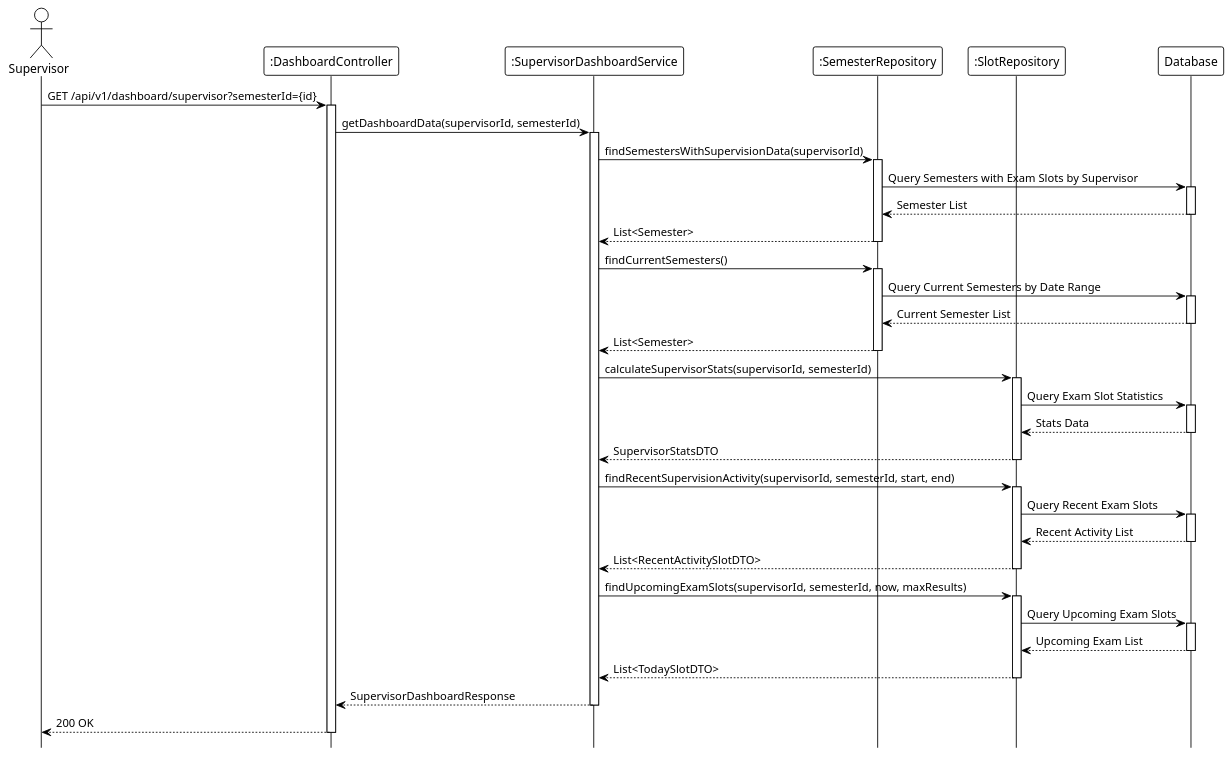
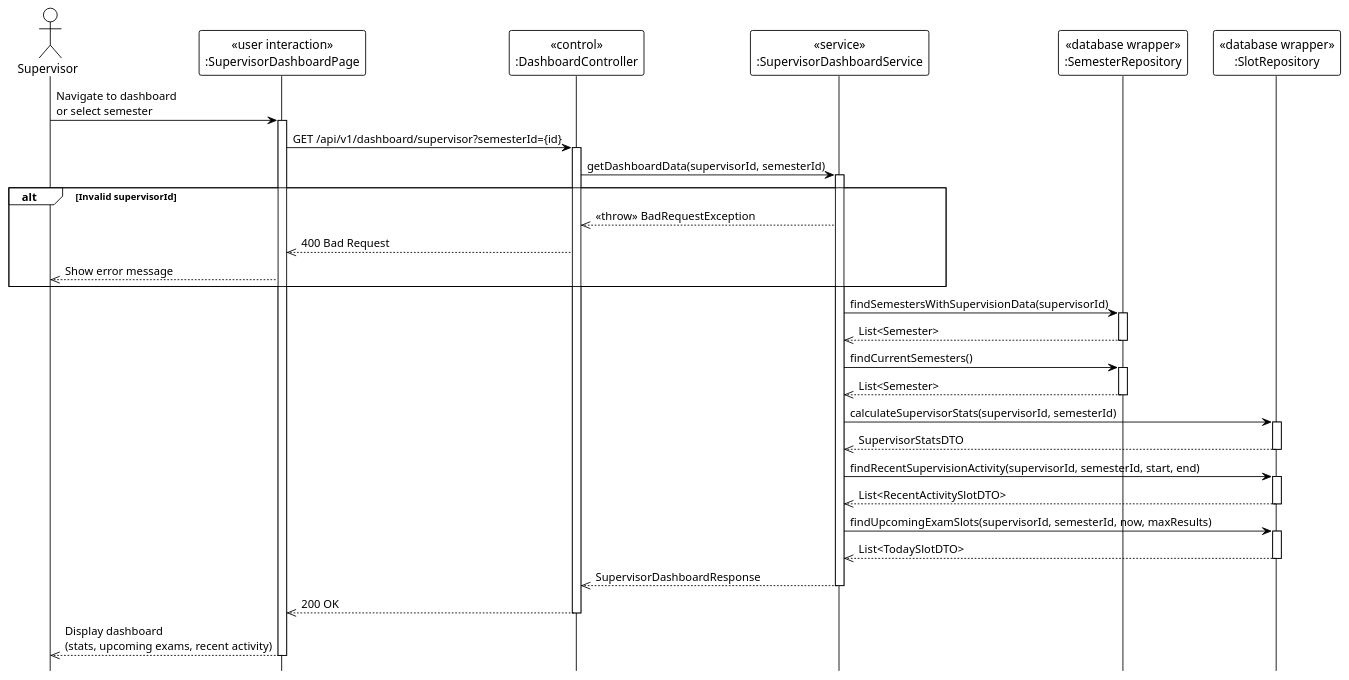
The diagram in system_detailed_design/73_view_exam_schedule_supervisor/sequence_diagram_view_exam_schedule_supervisor.puml (Ndh474/context), drawn with PlantUML before and after one commit. The commit also changed 13 other files, not shown here.

Commit message:
docs(system_detailed_design): add UML stereotypes to view and scanning sequence diagrams

```diff
--- a/system_detailed_design/73_view_exam_schedule_supervisor/sequence_diagram_view_exam_schedule_supervisor.puml
+++ b/system_detailed_design/73_view_exam_schedule_supervisor/sequence_diagram_view_exam_schedule_supervisor.puml
@@ -1,88 +1,68 @@
 @startuml view_exam_schedule_supervisor
 !theme plain
 hide footbox
 
-actor Supervisor
-participant ":DashboardController" as Controller
-participant ":SupervisorDashboardService" as Service
-participant ":SemesterRepository" as SemesterRepo
-participant ":SlotRepository" as SlotRepo
-participant "Database" as DB
+actor "Supervisor" as Supervisor
 
-' --- MAIN FLOW ---
-Supervisor -> Controller: GET /api/v1/dashboard/supervisor?semesterId={id}
+participant "«user interaction»\n:SupervisorDashboardPage" as UI
+participant "«control»\n:DashboardController" as Controller
+participant "«service»\n:SupervisorDashboardService" as Service
+participant "«database wrapper»\n:SemesterRepository" as SemesterRepo
+participant "«database wrapper»\n:SlotRepository" as SlotRepo
+
+' === MAIN FLOW ===
+Supervisor -> UI: Navigate to dashboard\nor select semester
+activate UI
+
+UI -> Controller: GET /api/v1/dashboard/supervisor?semesterId={id}
 activate Controller
 
 Controller -> Service: getDashboardData(supervisorId, semesterId)
 activate Service
 
-' --- GET AVAILABLE SEMESTERS ---
+' === VALIDATION ===
+alt Invalid supervisorId
+    Service -->> Controller: <<throw>> BadRequestException
+    Controller -->> UI: 400 Bad Request
+    UI -->> Supervisor: Show error message
+end
+
+' === GET AVAILABLE SEMESTERS ===
 Service -> SemesterRepo: findSemestersWithSupervisionData(supervisorId)
 activate SemesterRepo
-
-SemesterRepo -> DB: Query Semesters with Exam Slots by Supervisor
-activate DB
-DB --> SemesterRepo: Semester List
-deactivate DB
-
-SemesterRepo --> Service: List<Semester>
+SemesterRepo -->> Service: List<Semester>
 deactivate SemesterRepo
 
-' --- GET CURRENT SEMESTER ---
 Service -> SemesterRepo: findCurrentSemesters()
 activate SemesterRepo
-
-SemesterRepo -> DB: Query Current Semesters by Date Range
-activate DB
-DB --> SemesterRepo: Current Semester List
-deactivate DB
-
-SemesterRepo --> Service: List<Semester>
+SemesterRepo -->> Service: List<Semester>
 deactivate SemesterRepo
 
-' Calculate supervisor statistics (internal: all semesters or specific semester)
-
+' === CALCULATE STATS ===
 Service -> SlotRepo: calculateSupervisorStats(supervisorId, semesterId)
 activate SlotRepo
-
-SlotRepo -> DB: Query Exam Slot Statistics
-activate DB
-DB --> SlotRepo: Stats Data
-deactivate DB
-
-SlotRepo --> Service: SupervisorStatsDTO
+SlotRepo -->> Service: SupervisorStatsDTO
 deactivate SlotRepo
 
-' Get recent supervision activity with attendance stats (internal: loop for each slot)
-
+' === GET RECENT ACTIVITY ===
 Service -> SlotRepo: findRecentSupervisionActivity(supervisorId, semesterId, start, end)
 activate SlotRepo
-
-SlotRepo -> DB: Query Recent Exam Slots
-activate DB
-DB --> SlotRepo: Recent Activity List
-deactivate DB
-
-SlotRepo --> Service: List<RecentActivitySlotDTO>
+SlotRepo -->> Service: List<RecentActivitySlotDTO>
 deactivate SlotRepo
 
-' Get upcoming exam slots with attendance stats (internal: loop for each slot)
-
+' === GET UPCOMING EXAMS ===
 Service -> SlotRepo: findUpcomingExamSlots(supervisorId, semesterId, now, maxResults)
 activate SlotRepo
-
-SlotRepo -> DB: Query Upcoming Exam Slots
-activate DB
-DB --> SlotRepo: Upcoming Exam List
-deactivate DB
-
-SlotRepo --> Service: List<TodaySlotDTO>
+SlotRepo -->> Service: List<TodaySlotDTO>
 deactivate SlotRepo
 
-Service --> Controller: SupervisorDashboardResponse
+Service -->> Controller: SupervisorDashboardResponse
 deactivate Service
 
-Controller --> Supervisor: 200 OK
+Controller -->> UI: 200 OK
 deactivate Controller
 
+UI -->> Supervisor: Display dashboard\n(stats, upcoming exams, recent activity)
+deactivate UI
+
 @enduml
```
